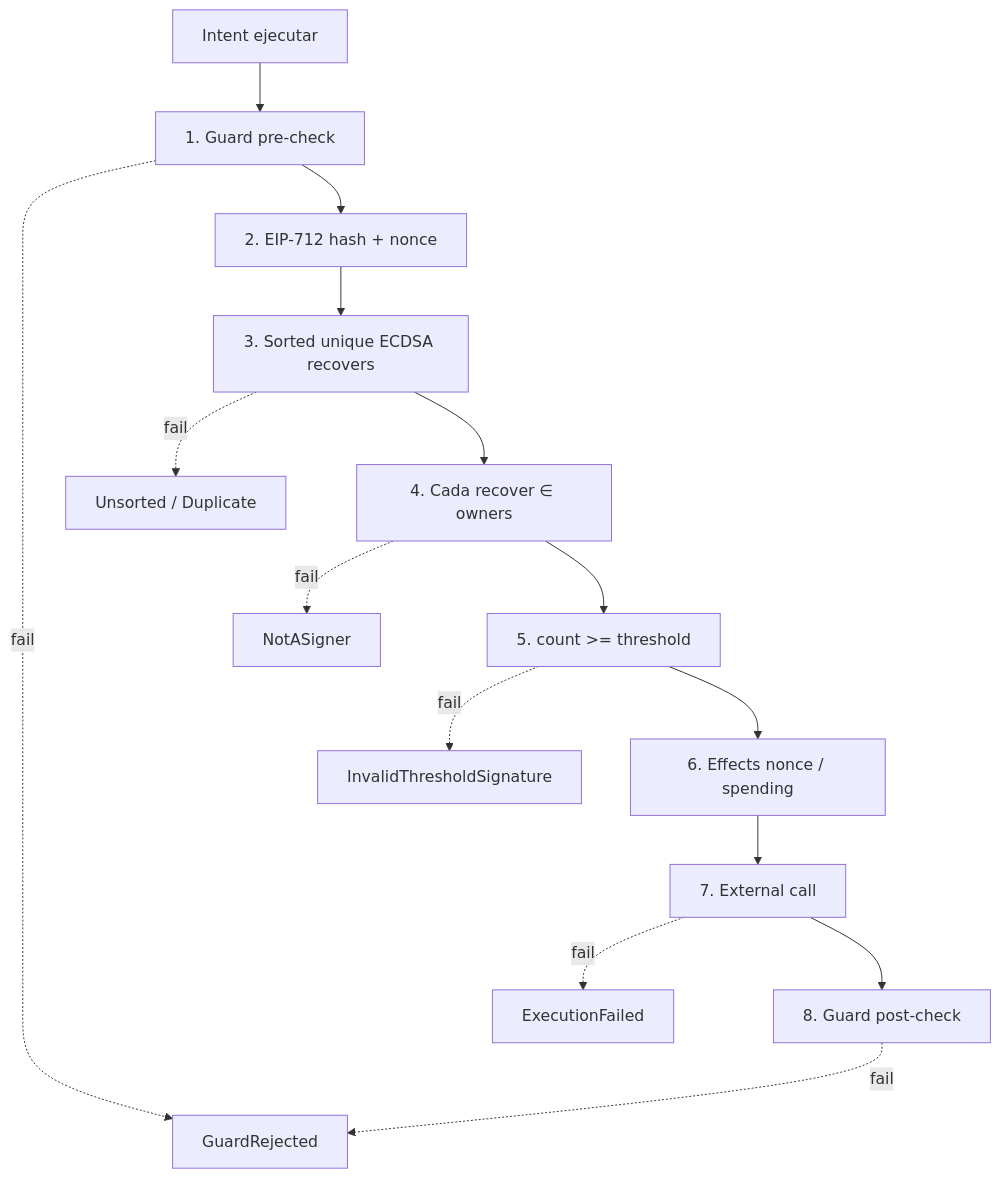
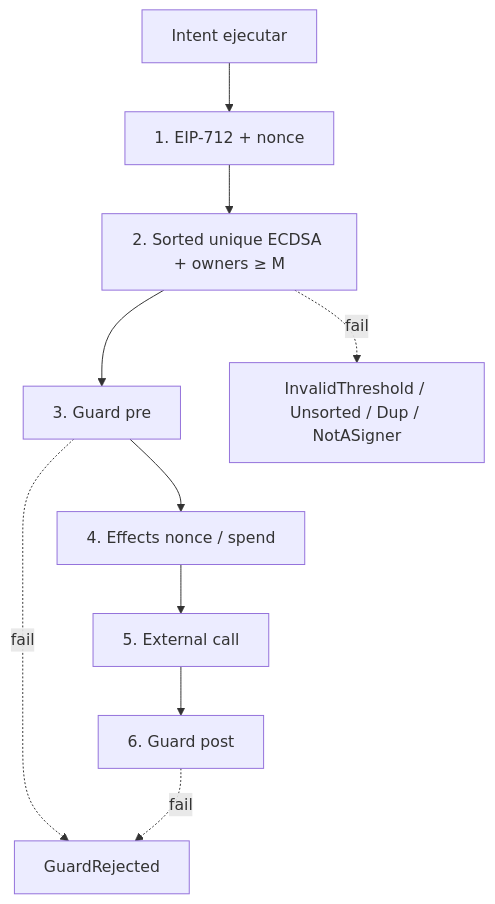
One commit to rastrahm/institutional-custody-mpc changed the third of 6 diagrams in doc/flujograma.md. Above: the diagram before and after it, drawn with Mermaid. The commit also changed other lines of this file and 12 other files, not shown here.

````diff
--- a/doc/flujograma.md
+++ b/doc/flujograma.md
@@ -66,17 +64,12 @@
 ```mermaid
 flowchart TD
-    A[Intent ejecutar] --> L1[1. Guard pre-check]
-    L1 --> L2[2. EIP-712 hash + nonce]
-    L2 --> L3[3. Sorted unique ECDSA recovers]
-    L3 --> L4[4. Cada recover ∈ owners]
-    L4 --> L5[5. count >= threshold]
-    L5 --> L6[6. Effects nonce / spending]
-    L6 --> L7[7. External call]
-    L7 --> L8[8. Guard post-check]
-    L1 -.->|fail| X1[GuardRejected]
-    L3 -.->|fail| X2[Unsorted / Duplicate]
-    L4 -.->|fail| X3[NotASigner]
-    L5 -.->|fail| X4[InvalidThresholdSignature]
-    L7 -.->|fail| X5[ExecutionFailed]
-    L8 -.->|fail| X1
+    A[Intent ejecutar] --> L1[1. EIP-712 + nonce]
+    L1 --> L2[2. Sorted unique ECDSA + owners ≥ M]
+    L2 --> L3[3. Guard pre]
+    L3 --> L4[4. Effects nonce / spend]
+    L4 --> L5[5. External call]
+    L5 --> L6[6. Guard post]
+    L2 -.->|fail| X1[InvalidThreshold / Unsorted / Dup / NotASigner]
+    L3 -.->|fail| X2[GuardRejected]
+    L6 -.->|fail| X2
 ```
````
